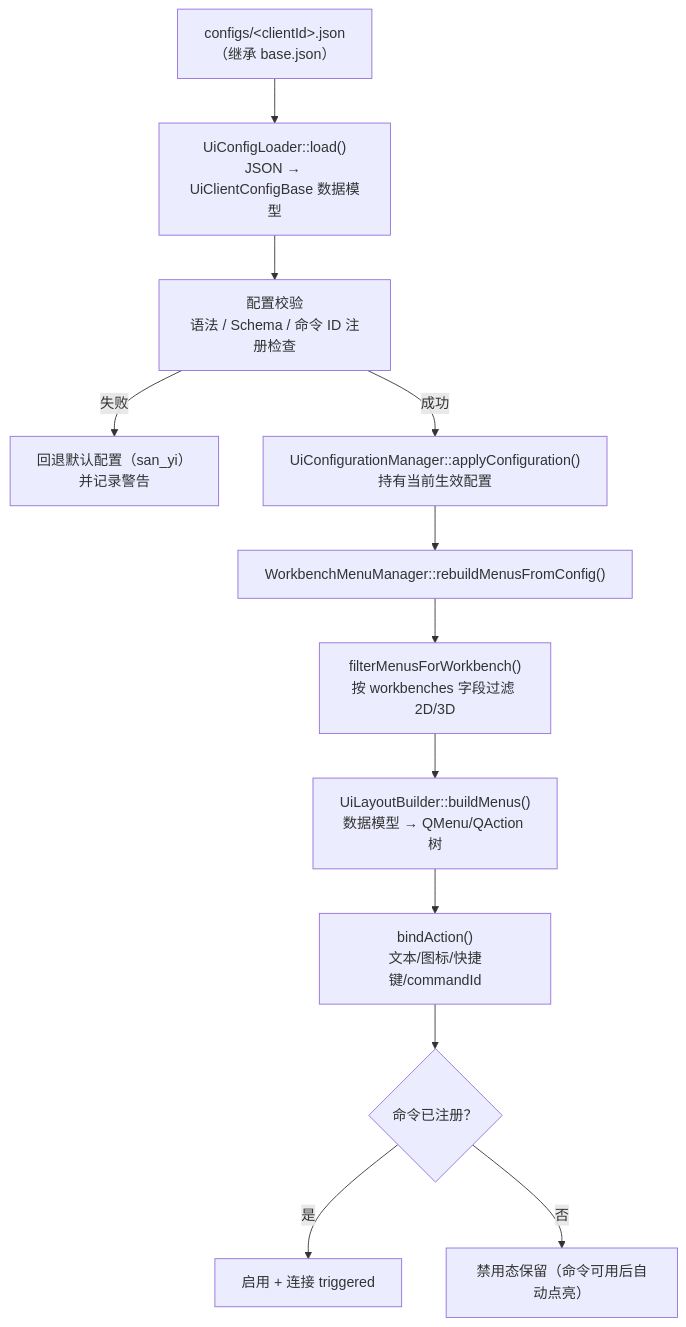
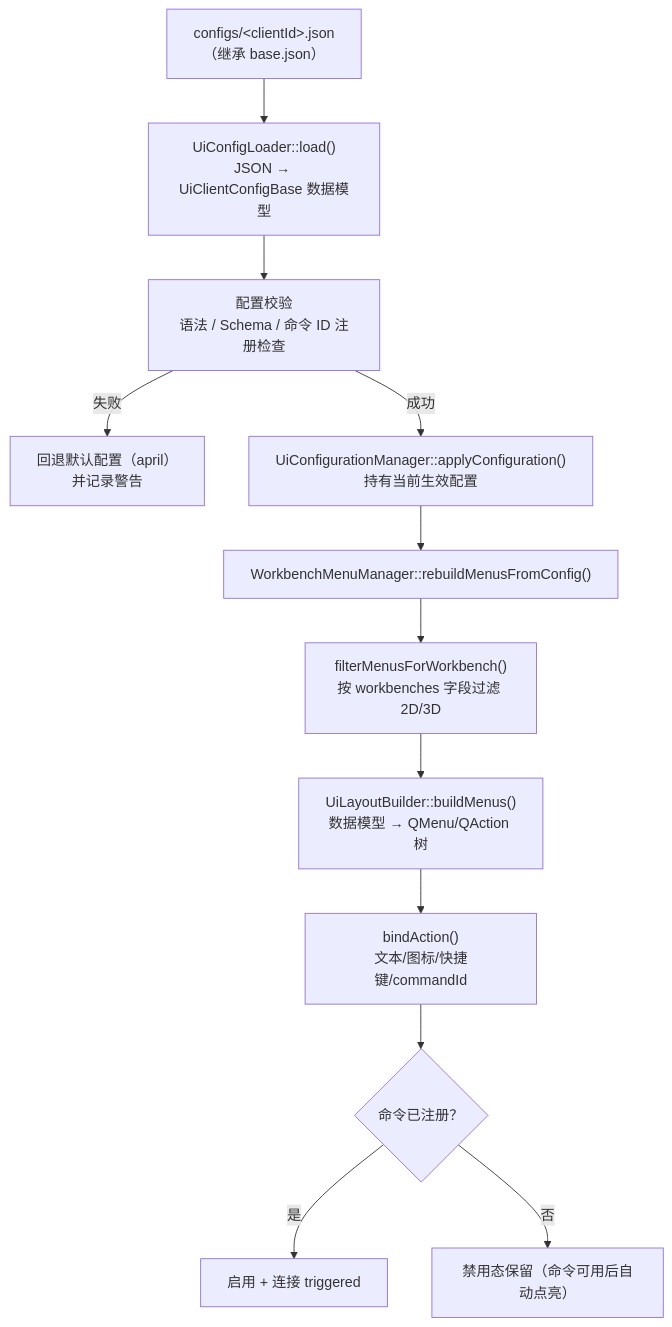
Before and after one commit to yulinxx/CAD: diagram 15 of 16 in Docs/01-当前架构/UI交互流程.md, drawn with Mermaid. The commit also changed other lines of this file and 326 other files, not shown here.

````diff
--- a/Docs/01-当前架构/UI交互流程.md
+++ b/Docs/01-当前架构/UI交互流程.md
@@ -429,14 +429,14 @@
 ```mermaid
 flowchart TD
     Json["configs/&lt;clientId&gt;.json<br/>（继承 base.json）"] --> Load["UiConfigLoader::load()<br/>JSON → UiClientConfigBase 数据模型"]
     Load --> Validate["配置校验<br/>语法 / Schema / 命令 ID 注册检查"]
-    Validate -- "失败" --> Fallback["回退默认配置（san_yi）<br/>并记录警告"]
+    Validate -- "失败" --> Fallback["回退默认配置（april）<br/>并记录警告"]
     Validate -- "成功" --> Manager["UiConfigurationManager::applyConfiguration()<br/>持有当前生效配置"]
     Manager --> Workbench["WorkbenchMenuManager::rebuildMenusFromConfig()"]
     Workbench --> Filter["filterMenusForWorkbench()<br/>按 workbenches 字段过滤 2D/3D"]
     Filter --> Builder["UiLayoutBuilder::buildMenus()<br/>数据模型 → QMenu/QAction 树"]
     Builder --> Bind["bindAction()<br/>文本/图标/快捷键/commandId"]
     Bind --> Check{"命令已注册？"}
     Check -- "是" --> Enable["启用 + 连接 triggered"]
     Check -- "否" --> Disable["禁用态保留（命令可用后自动点亮）"]
 ```
````
